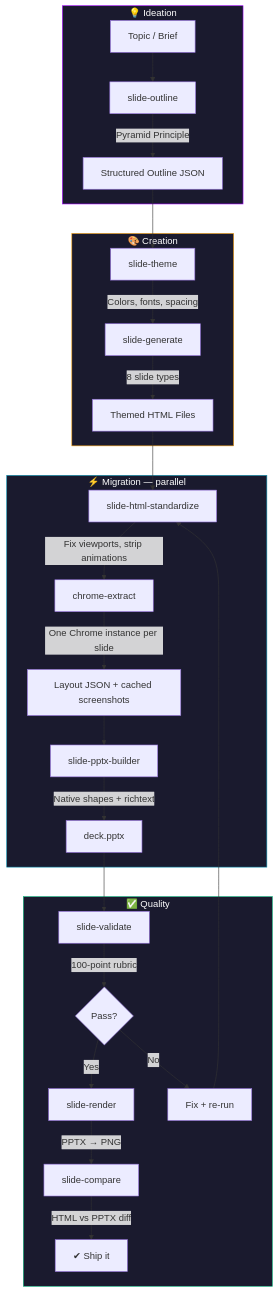
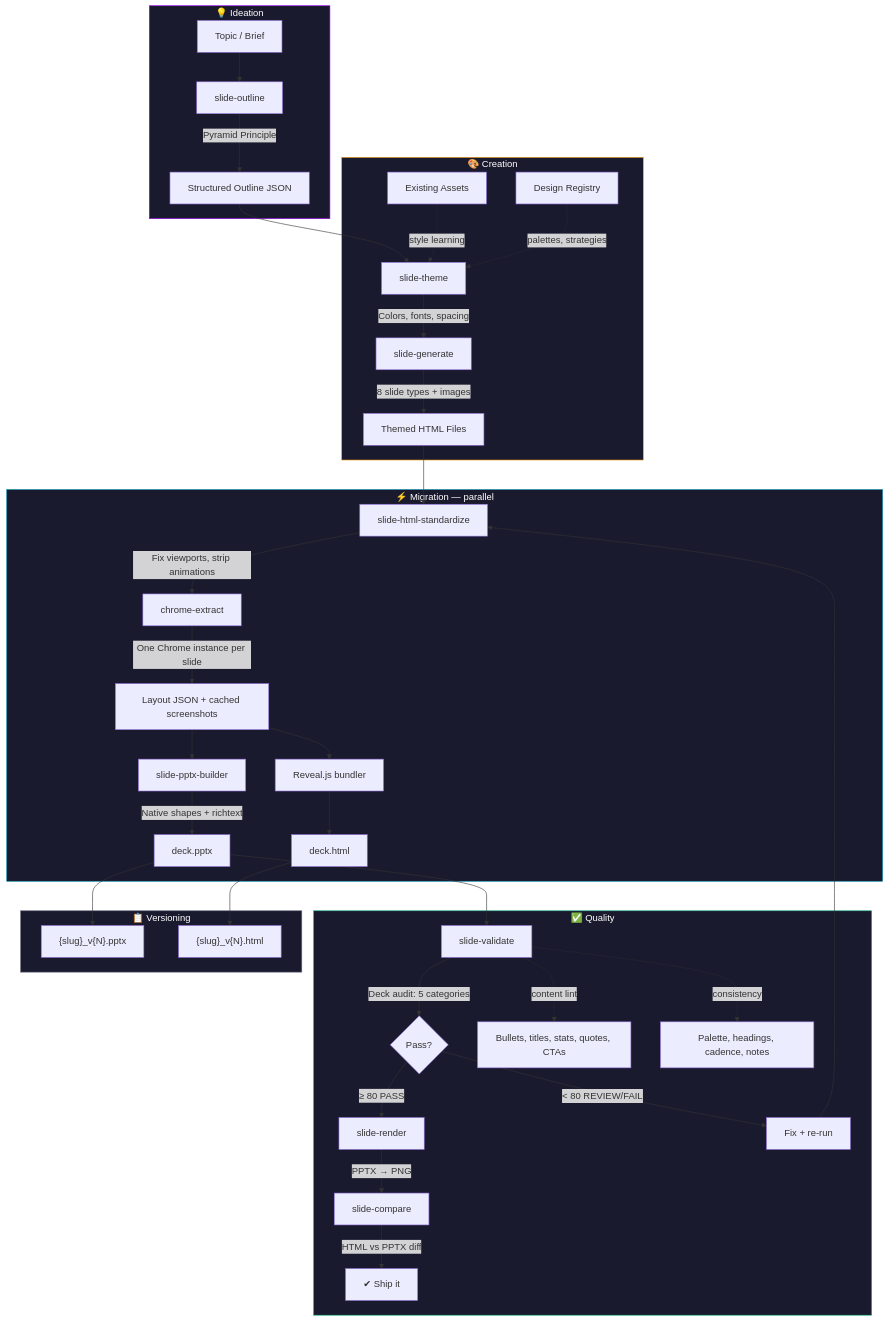
One commit to mikeparcewski/wicked-prezzie changed the diagram in PIPELINE.md. Above: the diagram before and after it, drawn with Mermaid. The commit also changed other lines of this file and 29 other files, not shown here.

````diff
--- a/PIPELINE.md
+++ b/PIPELINE.md
@@ -3,36 +3,48 @@
 ```mermaid
 graph TD
     subgraph Ideation["💡 Ideation"]
         A[Topic / Brief] --> B[slide-outline]
         B -->|Pyramid Principle| C[Structured Outline JSON]
     end
 
     subgraph Creation["🎨 Creation"]
         C --> D[slide-theme]
         D -->|Colors, fonts, spacing| E[slide-generate]
-        E -->|8 slide types| F[Themed HTML Files]
+        E -->|8 slide types + images| F[Themed HTML Files]
+        LEARN[Existing Assets] -.->|style learning| D
+        REGISTRY[Design Registry] -.->|palettes, strategies| D
     end
 
     subgraph Migration["⚡ Migration — parallel"]
         F --> G[slide-html-standardize]
         G -->|Fix viewports, strip animations| H[chrome-extract]
         H -->|One Chrome instance per slide| I[Layout JSON + cached screenshots]
         I --> J[slide-pptx-builder]
         J -->|Native shapes + richtext| K[deck.pptx]
+        I --> REVEAL[Reveal.js bundler]
+        REVEAL --> HTML[deck.html]
     end
 
     subgraph Quality["✅ Quality"]
         K --> L[slide-validate]
-        L -->|100-point rubric| M{Pass?}
-        M -->|Yes| N[slide-render]
-        M -->|No| O[Fix + re-run]
+        L -->|Deck audit: 5 categories| M{Pass?}
+        M -->|≥ 80 PASS| N[slide-render]
+        M -->|< 80 REVIEW/FAIL| O[Fix + re-run]
         O --> G
         N -->|PPTX → PNG| P[slide-compare]
         P -->|HTML vs PPTX diff| Q[✔ Ship it]
+        L -.->|content lint| LINT[Bullets, titles, stats, quotes, CTAs]
+        L -.->|consistency| CONSIST[Palette, headings, cadence, notes]
+    end
+
+    subgraph Versioning["📋 Versioning"]
+        K --> VER["{slug}_v{N}.pptx"]
+        HTML --> VER2["{slug}_v{N}.html"]
     end
 
     style Ideation fill:#1a1a2e,stroke:#a100ff,color:#fff
     style Creation fill:#1a1a2e,stroke:#f59e0b,color:#fff
     style Migration fill:#1a1a2e,stroke:#0891b2,color:#fff
     style Quality fill:#1a1a2e,stroke:#10b981,color:#fff
+    style Versioning fill:#1a1a2e,stroke:#6b6b80,color:#fff
 ```
````
